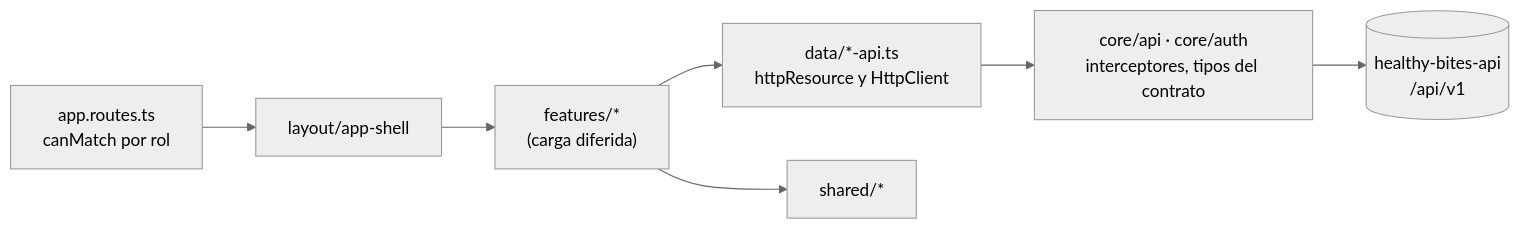
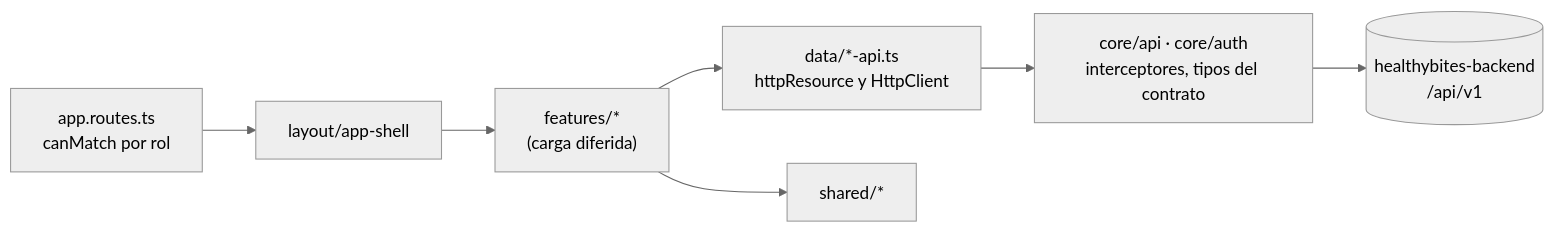
Before and after one commit to vfernandezg-dev/healthy-web-app: the diagram in README.md, drawn with Mermaid (neutral theme). The commit also changed other lines of this file and 7 other files, not shown here.

````diff
--- a/README.md
+++ b/README.md
@@ -63,9 +63,9 @@
 ```mermaid
 flowchart LR
     routes["app.routes.ts<br/>canMatch por rol"] --> shell["layout/app-shell"]
     shell --> features["features/*<br/>(carga diferida)"]
     features --> data["data/*-api.ts<br/>httpResource y HttpClient"]
     features --> shared["shared/*"]
     data --> core["core/api · core/auth<br/>interceptores, tipos del contrato"]
-    core --> api[("healthy-bites-api<br/>/api/v1")]
+    core --> api[("healthybites-backend<br/>/api/v1")]
 ```
````
